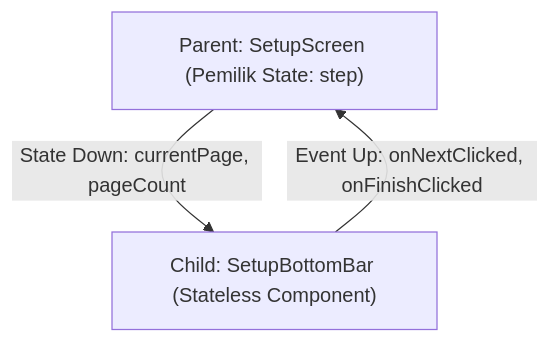
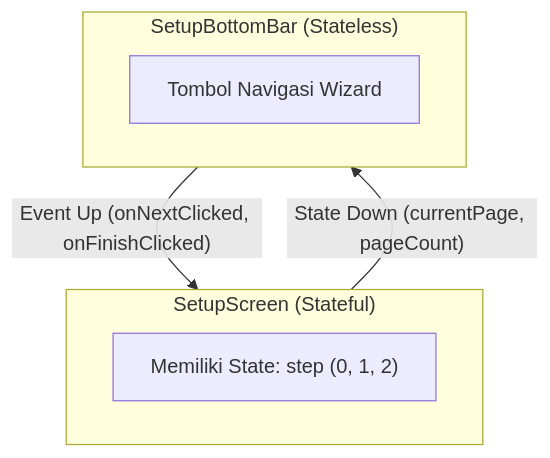
Before and after one commit to gdgocwidyatama/Doc-MobileDev: the third of 4 diagrams in src/content/docs/sesi-2.md, drawn with Mermaid. The commit also changed other lines of this file, not shown here.

````diff
--- a/src/content/docs/sesi-2.md
+++ b/src/content/docs/sesi-2.md
@@ -60,7 +128,11 @@
 ```mermaid
 flowchart TD
-    Parent["Parent: SetupScreen (Pemilik State: step)"]
-    Child["Child: SetupBottomBar (Stateless Component)"]
-    Parent -->|"State Down: currentPage, pageCount"| Child
-    Child -->|"Event Up: onNextClicked, onFinishClicked"| Parent
+    subgraph Parent["SetupScreen (Stateful)"]
+        StateHolder["Memiliki State: step (0, 1, 2)"]
+    end
+    subgraph Child["SetupBottomBar (Stateless)"]
+        UIElements["Tombol Navigasi Wizard"]
+    end
+    Parent -->|"State Down (currentPage, pageCount)"| Child
+    Child -->|"Event Up (onNextClicked, onFinishClicked)"| Parent
 ```
````
